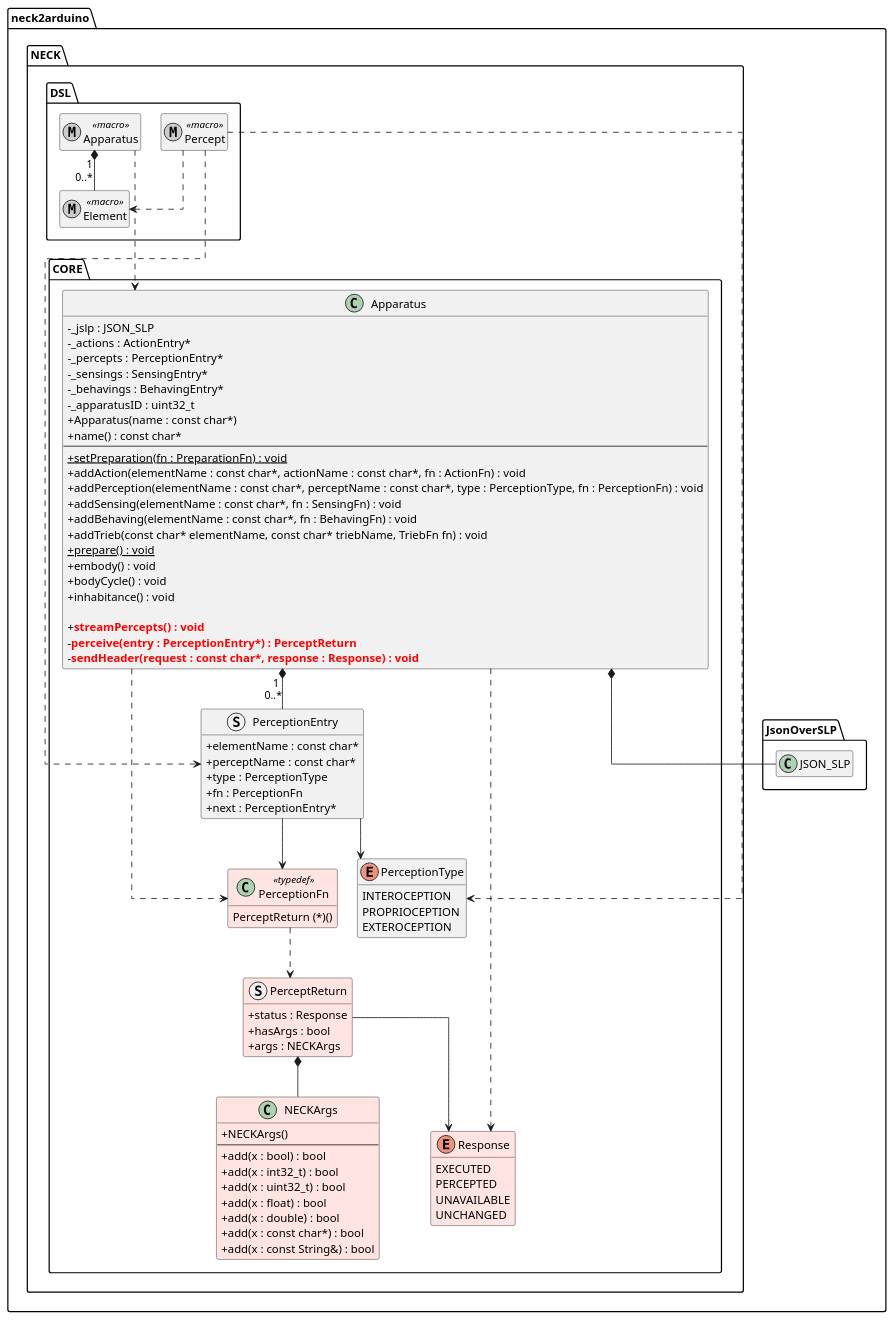
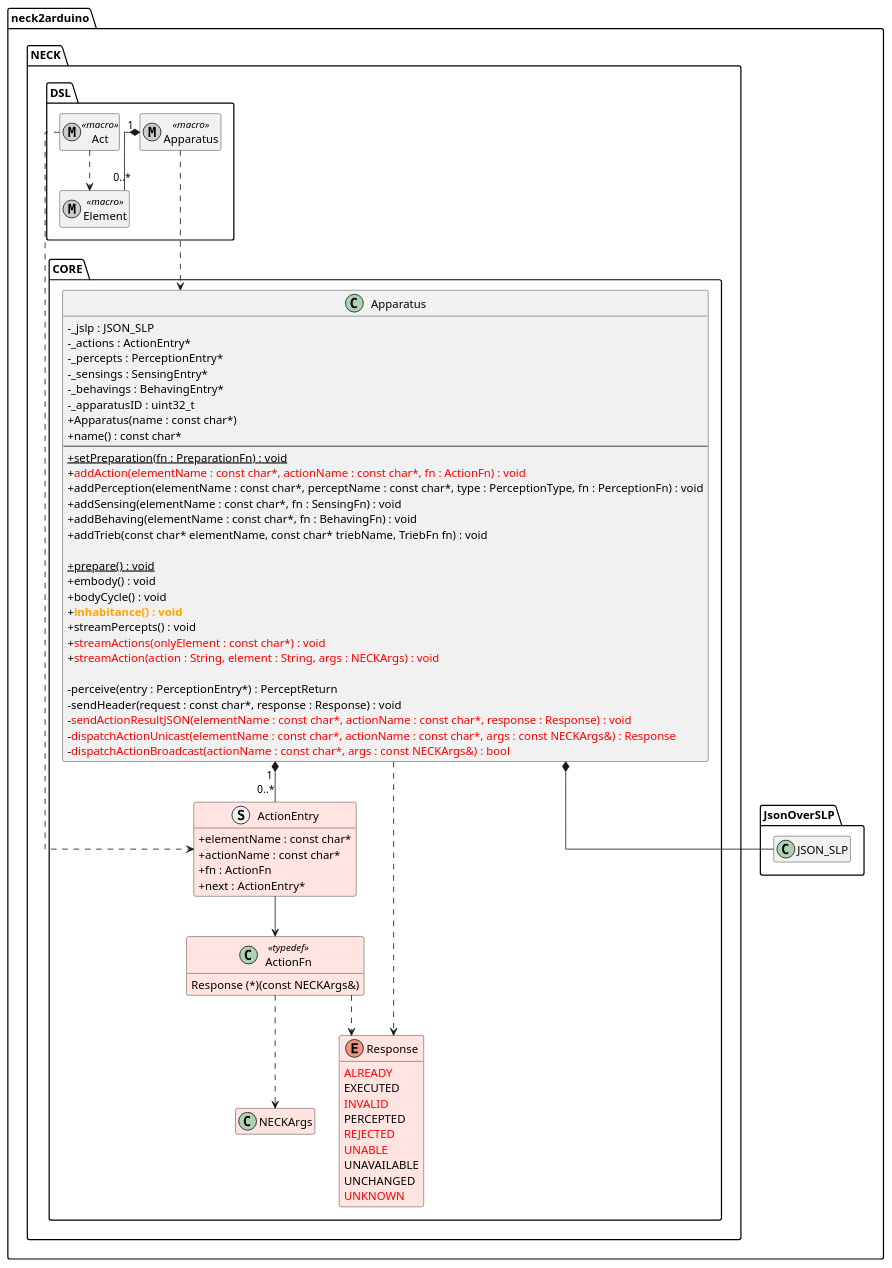
One commit to chon-group/JACAMOb changed the diagram in doc/02-MyBodyMyActions/plantUML/class/MyActionsNECKAduino_class.puml. Above: the diagram before and after it, drawn with PlantUML. The commit also changed 16 other files, not shown here.

Commit message:
adjusting myBody.act() Internal Action

```diff
--- a/doc/02-MyBodyMyActions/plantUML/class/MyActionsNECKAduino_class.puml
+++ b/doc/02-MyBodyMyActions/plantUML/class/MyActionsNECKAduino_class.puml
@@ -2,128 +2,117 @@
 @startuml
 
 top to bottom direction
 skinparam classAttributeIconSize 0
 skinparam packageStyle folder
-skinparam linetype ortho
-skinparam nodesep 25
-skinparam ranksep 50
-hide empty members
+ skinparam linetype ortho
+ skinparam nodesep 25
+ skinparam ranksep 50
+ hide empty members
 
 package "neck2arduino" {
     package "NECK" {
         package "DSL" as NECK_DSL {
 
             metaclass "Apparatus" as DSLApparatus <<macro>> {}
             metaclass "Element" as DSLElement <<macro>> {}
-            metaclass "Percept" as DSLPercept <<macro>> {}
+            
+            metaclass "Act" as DSLAct <<macro>>  {}
 
             DSLApparatus "1" *-- "0..*" DSLElement
-            DSLPercept ..> DSLElement
+            
         }
 
         package "CORE" as NECK_CPP {
 
-            enum "PerceptionType" as PerceptionType {
-                INTEROCEPTION
-                PROPRIOCEPTION
-                EXTEROCEPTION
+            class "ActionFn" as ActionFn <<typedef>> #MistyRose {
+                Response (*)(const NECKArgs&)
             }
 
+            struct "ActionEntry" as ActionEntry #MistyRose {
+                + elementName : const char*
+                + actionName : const char*
+                + fn : ActionFn
+                + next : ActionEntry*
+            }
+
+
+
+
             enum "Response" as Response #MistyRose {
-                EXECUTED
-                PERCEPTED
-                UNAVAILABLE
-                UNCHANGED
+            <color:red>ALREADY</color>
+            EXECUTED
+            <color:red>INVALID</color>
+            PERCEPTED
+            <color:red>REJECTED</color>
+            <color:red>UNABLE</color>
+            UNAVAILABLE
+            UNCHANGED
+            <color:red>UNKNOWN</color>
             }
 
             class NECKArgs #MistyRose {
-                + NECKArgs()
-                --
-                + add(x : bool) : bool
-                + add(x : int32_t) : bool
-                + add(x : uint32_t) : bool
-                + add(x : float) : bool
-                + add(x : double) : bool
-                + add(x : const char*) : bool
-                + add(x : const String&) : bool
+
             }
 
-            struct "PerceptReturn" as PerceptReturn #MistyRose {
-                + status : Response
-                + hasArgs : bool
-                + args : NECKArgs
-            }
-
-            class "PerceptionFn" as PerceptionFn <<typedef>> #MistyRose {
-                PerceptReturn (*)()
-            }
-
-            struct "PerceptionEntry" as PerceptionEntry {
-                + elementName : const char*
-                + perceptName : const char*
-                + type : PerceptionType
-                + fn : PerceptionFn
-                + next : PerceptionEntry*
-            }
 
             class "Apparatus" as Apparatus {
                 - _jslp : JSON_SLP
                 - _actions : ActionEntry*
                 - _percepts : PerceptionEntry*
                 - _sensings : SensingEntry*
                 - _behavings : BehavingEntry*
                 - _apparatusID : uint32_t
                 + Apparatus(name : const char*)
                 + name() : const char*
                 --
                 + {static} setPreparation(fn : PreparationFn) : void
-                + addAction(elementName : const char*, actionName : const char*, fn : ActionFn) : void
+                + <color:red>addAction(elementName : const char*, actionName : const char*, fn : ActionFn) : void</color>
                 + addPerception(elementName : const char*, perceptName : const char*, type : PerceptionType, fn : PerceptionFn) : void
                 + addSensing(elementName : const char*, fn : SensingFn) : void
                 + addBehaving(elementName : const char*, fn : BehavingFn) : void
                 + addTrieb(const char* elementName, const char* triebName, TriebFn fn) : void
+                
                 + {static} prepare() : void
                 + embody() : void
                 + bodyCycle() : void
-                + inhabitance() : void
+                + <color:orange><b>inhabitance() : void</b></color>
+                + streamPercepts() : void
+                + <color:red>streamActions(onlyElement : const char*) : void</color>
+                + <color:red>streamAction(action : String, element : String, args : NECKArgs) : void</color>
 
-                + <color:red><b>streamPercepts() : void</b></color>
-                - <color:red><b>perceive(entry : PerceptionEntry*) : PerceptReturn</b></color>
-                - <color:red><b>sendHeader(request : const char*, response : Response) : void</b></color>
+                - perceive(entry : PerceptionEntry*) : PerceptReturn
+                - sendHeader(request : const char*, response : Response) : void
+                - <color:red>sendActionResultJSON(elementName : const char*, actionName : const char*, response : Response) : void</color>
+                - <color:red>dispatchActionUnicast(elementName : const char*, actionName : const char*, args : const NECKArgs&) : Response</color>
+                - <color:red>dispatchActionBroadcast(actionName : const char*, args : const NECKArgs&) : bool</color>
             }
 
             ' Registros gerenciados pelo Apparatus
-            Apparatus "1" *-- "0..*" PerceptionEntry
             Apparatus ..> Response
 
-            ' Natureza da percepcao
-            PerceptionEntry --> PerceptionType
+            
 
-            ' Ponteiro para a funcao perceptiva
-            PerceptionEntry --> PerceptionFn
-
-            ' Tipo retornado pela funcao perceptiva
-            PerceptionFn ..> PerceptReturn
-
-            ' Execucao das funcoes registradas
-            Apparatus ..> PerceptionFn 
-
-            ' Estrutura do resultado perceptivo
-            PerceptReturn --> Response
-            PerceptReturn *-- NECKArgs
+            
         }
 
         DSLApparatus ..down.> Apparatus
-        DSLPercept ..down.> PerceptionEntry
-        DSLPercept ..> PerceptionType
+        
+        
     }
 
     package "JsonOverSLP" {
         class "JSON_SLP" as JSON_SLP {
         }
     }
 
+    DSLAct ..> DSLElement
+    DSLAct ..> ActionEntry
+    Apparatus "1" *-- "0..*" ActionEntry
+    ActionEntry --> ActionFn
+    ActionFn ..> Response
+    ActionFn ..> NECKArgs
+
     Apparatus *-- JSON_SLP
 }
 
 @enduml
```
